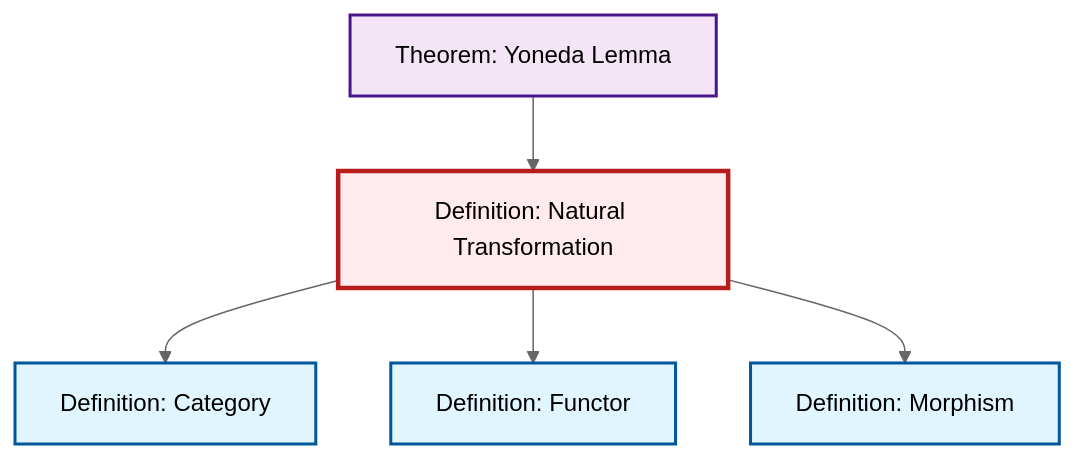
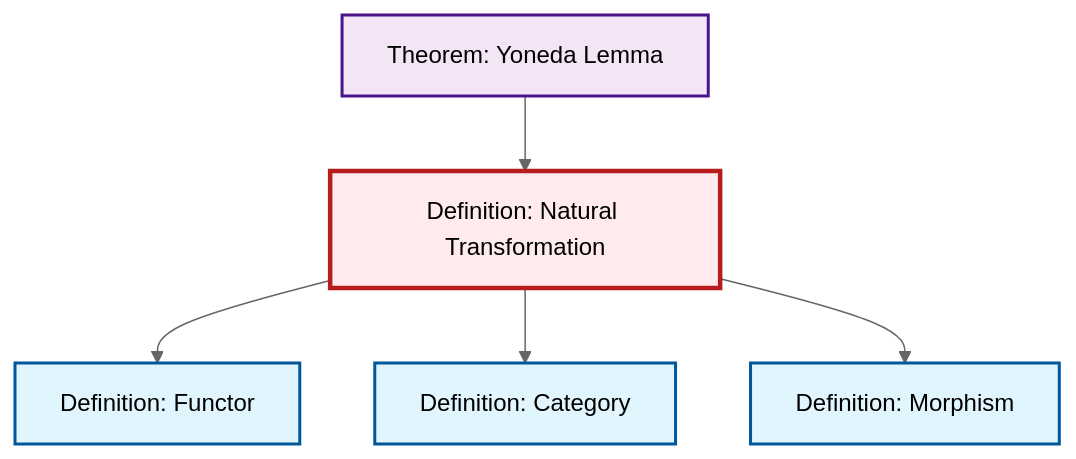
Before and after one commit to RK0429/ModernMath: the diagram in output/mermaid/def-natural-transformation.mermaid, drawn with Mermaid (neutral theme). The commit also changed other lines of this file and 615 other files, not shown here.

```diff
--- a/output/mermaid/def-natural-transformation.mermaid
+++ b/output/mermaid/def-natural-transformation.mermaid
@@ -1,17 +1,17 @@
 %%| fig-cap: "Local dependency graph"
 graph TD
     classDef definition fill:#e1f5fe,stroke:#01579b,stroke-width:2px
     classDef theorem fill:#f3e5f5,stroke:#4a148c,stroke-width:2px
     classDef axiom fill:#fff3e0,stroke:#e65100,stroke-width:2px
     classDef example fill:#e8f5e9,stroke:#1b5e20,stroke-width:2px
     classDef current fill:#ffebee,stroke:#b71c1c,stroke-width:3px
-    def-functor["Definition: Functor"]:::definition
-    thm-yoneda["Theorem: Yoneda Lemma"]:::theorem
     def-natural-transformation["Definition: Natural Transformation"]:::definition
     def-category["Definition: Category"]:::definition
     def-morphism["Definition: Morphism"]:::definition
+    def-functor["Definition: Functor"]:::definition
+    thm-yoneda["Theorem: Yoneda Lemma"]:::theorem
+    def-natural-transformation --> def-functor
     def-natural-transformation --> def-category
-    def-natural-transformation --> def-functor
+    def-natural-transformation --> def-morphism
     thm-yoneda --> def-natural-transformation
-    def-natural-transformation --> def-morphism
     class def-natural-transformation current
```
